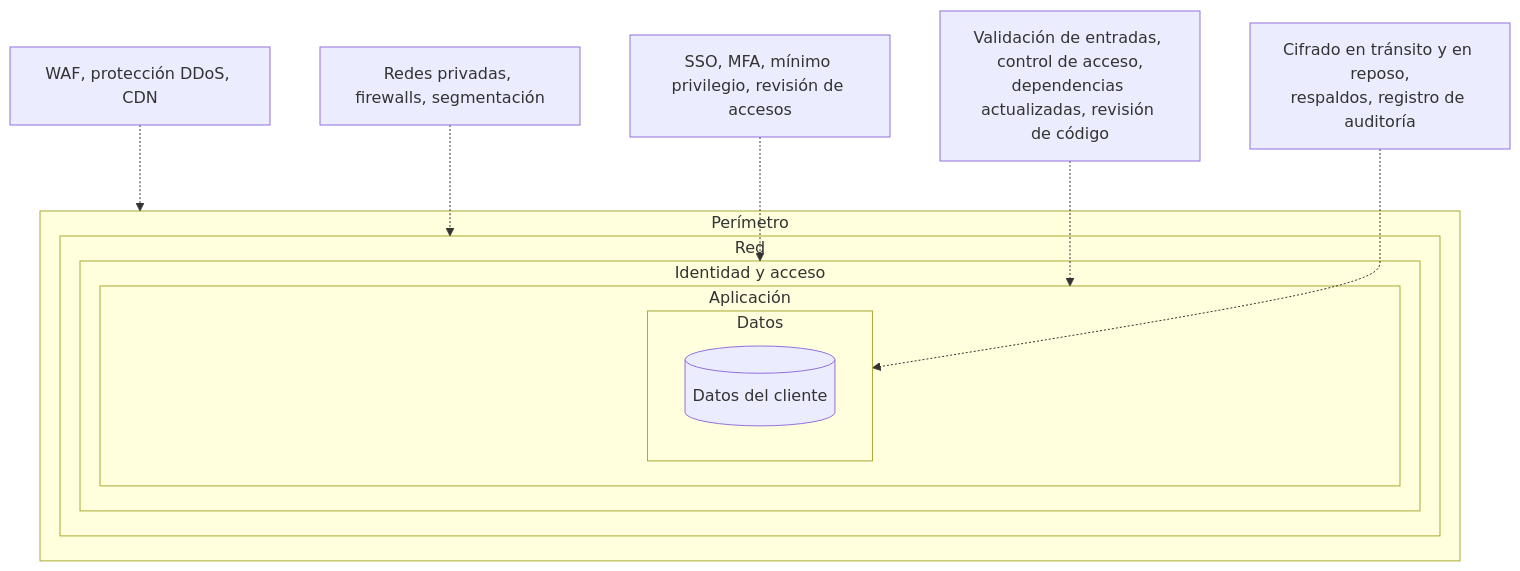
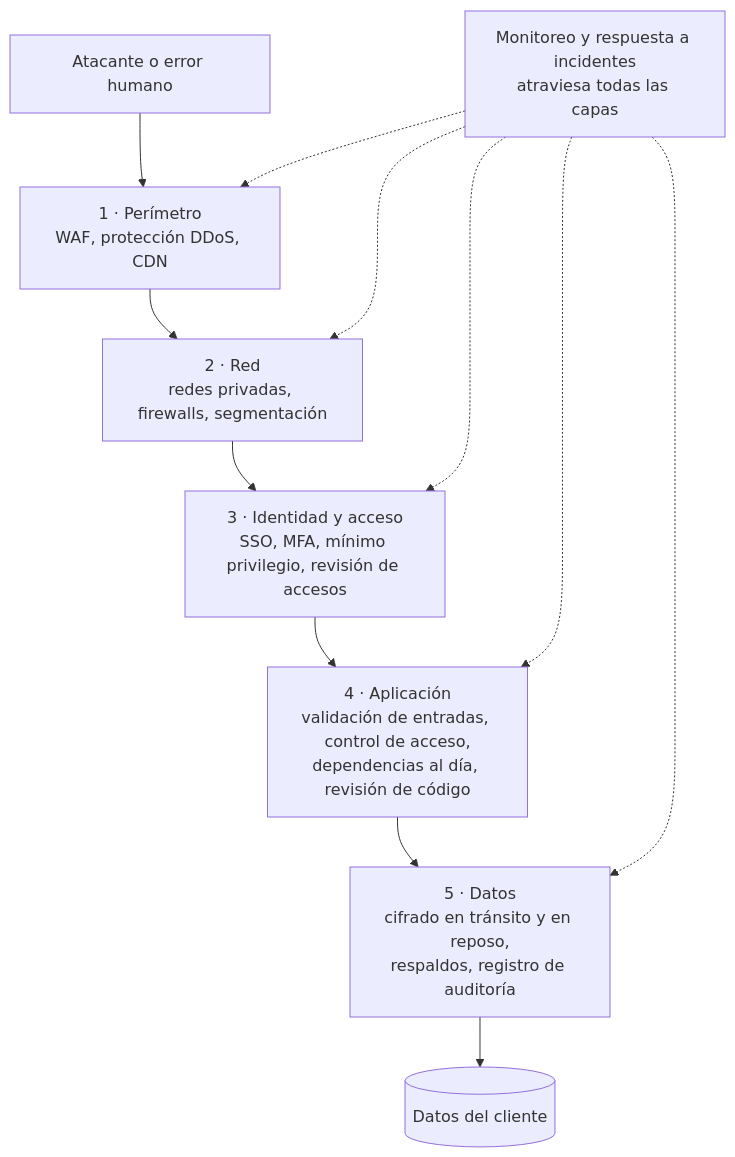
Before and after one commit to andresga79/saas-para-scrum-masters: the diagram in content/11-seguridad-cumplimiento.md, drawn with Mermaid. The commit also changed 13 other files, not shown here.

First line of the commit message:
Corrige legibilidad de diagramas, casilla del pie e impresión en modo oscuro

````diff
--- a/content/11-seguridad-cumplimiento.md
+++ b/content/11-seguridad-cumplimiento.md
@@ -11,19 +11,10 @@
 ```mermaid
 flowchart TB
-    subgraph L1["Perímetro"]
-        subgraph L2["Red"]
-            subgraph L3["Identidad y acceso"]
-                subgraph L4["Aplicación"]
-                    subgraph L5["Datos"]
-                        D[("Datos del cliente")]
-                    end
-                end
-            end
-        end
-    end
-    N1["WAF, protección DDoS, CDN"] -.-> L1
-    N2["Redes privadas, firewalls, segmentación"] -.-> L2
-    N3["SSO, MFA, mínimo privilegio, revisión de accesos"] -.-> L3
-    N4["Validación de entradas, control de acceso,<br/>dependencias actualizadas, revisión de código"] -.-> L4
-    N5["Cifrado en tránsito y en reposo,<br/>respaldos, registro de auditoría"] -.-> L5
+    A["Atacante o error humano"] --> L1
+    L1["1 · Perímetro<br/>WAF, protección DDoS, CDN"] --> L2
+    L2["2 · Red<br/>redes privadas, firewalls, segmentación"] --> L3
+    L3["3 · Identidad y acceso<br/>SSO, MFA, mínimo privilegio, revisión de accesos"] --> L4
+    L4["4 · Aplicación<br/>validación de entradas, control de acceso,<br/>dependencias al día, revisión de código"] --> L5
+    L5["5 · Datos<br/>cifrado en tránsito y en reposo,<br/>respaldos, registro de auditoría"] --> D[("Datos del cliente")]
+    MON["Monitoreo y respuesta a incidentes<br/>atraviesa todas las capas"] -.-> L1 & L2 & L3 & L4 & L5
 ```
````
